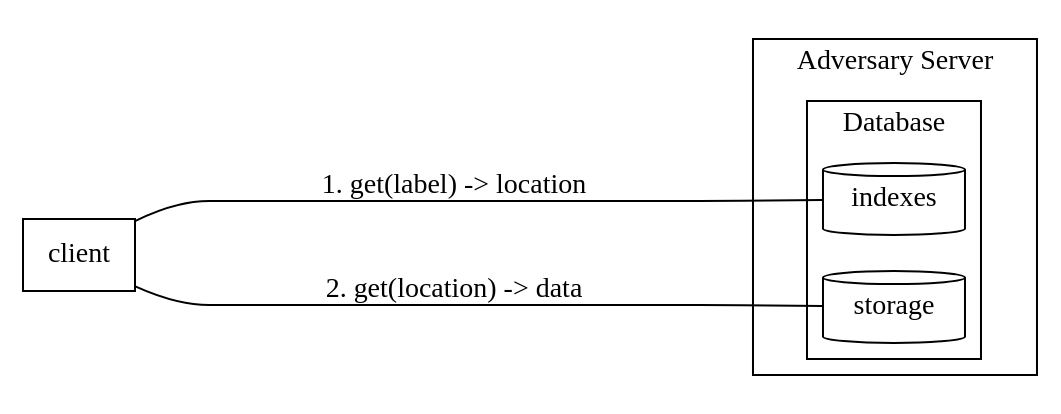
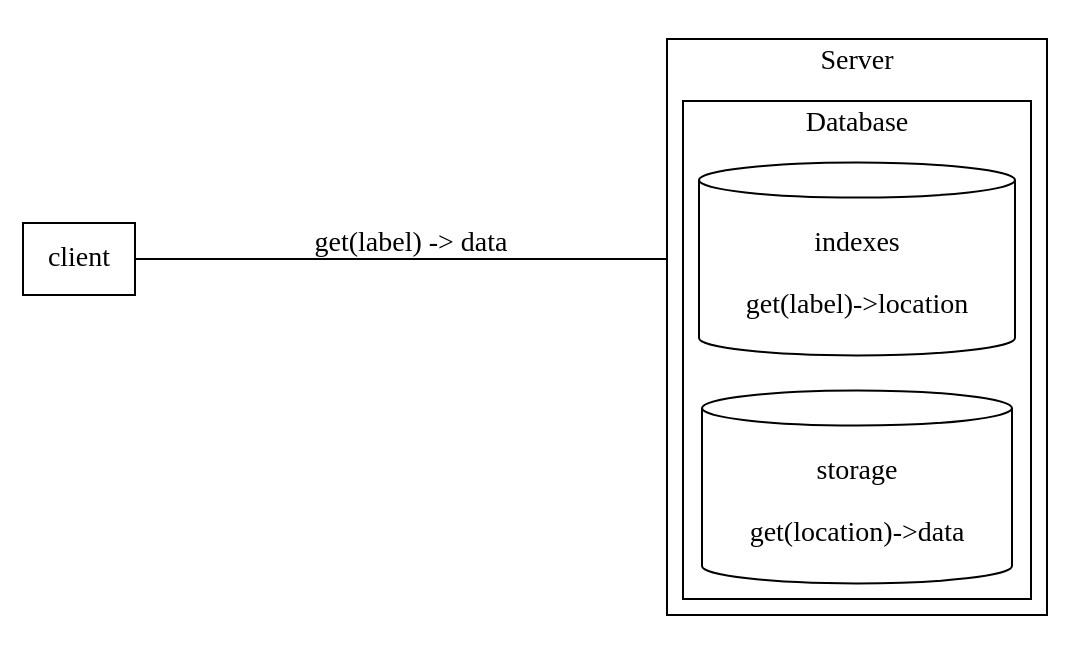
The third of 6 diagrams in slides/ploc-presentation.org (Cosmian/ploc-article), drawn with Graphviz before and after one commit. The commit also changed other lines of this file and 1 other file, not shown here.

```diff
--- a/slides/ploc-presentation.org
+++ b/slides/ploc-presentation.org
@@ -13,18 +69,18 @@
-#+begin_src dot  :exports results :file img/db.svg :results replace
+#+begin_src dot  :exports results :file img/db1.svg :results replace
   graph DB_flow {
+          compound=true;
           rankdir = LR;
           client[shape="rectangle"]
           subgraph cluster_server {
-                  label="Adversary Server"
+                  label="Server"
                   subgraph cluster_DB {
                           label="Database"
                           node[shape="cylinder"]
-                          indexes;
-                          storage;
+                          indexes[label="\nindexes\n\nget(label)->location"];
+                          storage[label="\nstorage\n\nget(location)->data"];
                   }
           }
           rank="same"
-          client--indexes[label="1. get(label) -> location" minlen=4]
-          client--storage[label="2. get(location) -> data"  minlen=4]
+          client--indexes[label="get(label) -> data", minlen=4, lhead="cluster_server"]
   }
 #+end_src
```
